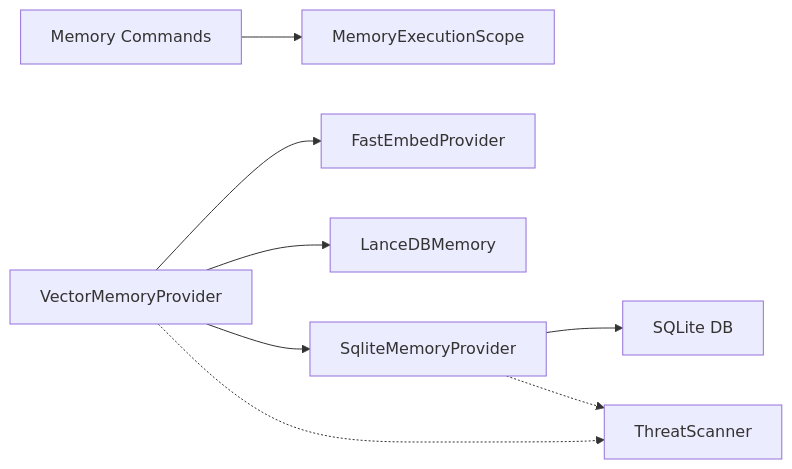
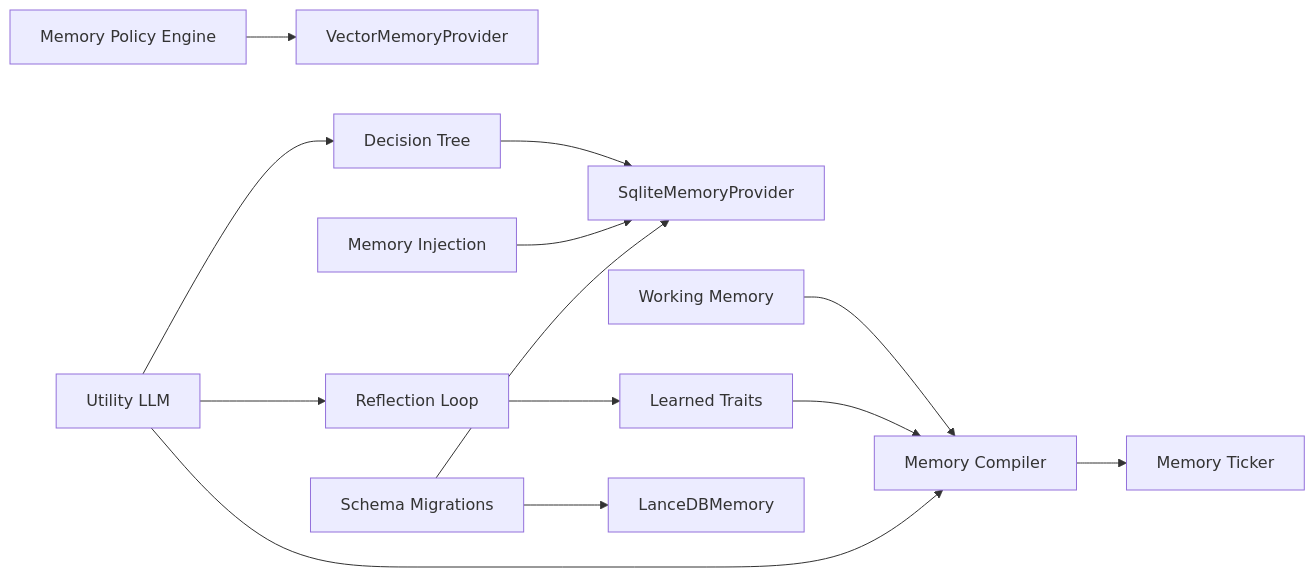
Before and after one commit to novolei/if2Ai: the fourth of 4 diagrams in .qoder/repowiki/en/content/Memory System/Memory System.md, drawn with Mermaid. The commit also changed other lines of this file and 124 other files, not shown here.

````diff
--- a/.qoder/repowiki/en/content/Memory System/Memory System.md
+++ b/.qoder/repowiki/en/content/Memory System/Memory System.md
@@ -309,10 +378,15 @@
 ```mermaid
 graph LR
-CMD["Memory Commands"] --> SCOPE["MemoryExecutionScope"]
-VMP["VectorMemoryProvider"] --> FE["FastEmbedProvider"]
-VMP --> LDB["LanceDBMemory"]
-VMP --> SMP["SqliteMemoryProvider"]
-SMP --> SQLITE["SQLite DB"]
-VMP -.-> TS["ThreatScanner"]
-SMP -.-> TS
+POL["Memory Policy Engine"] --> VMP["VectorMemoryProvider"]
+DT["Decision Tree"] --> SMP["SqliteMemoryProvider"]
+WM["Working Memory"] --> COMP["Memory Compiler"]
+COMP --> TICK["Memory Ticker"]
+RL["Reflection Loop"] --> LT["Learned Traits"]
+LT --> COMP
+END["Utility LLM"] --> DT
+END --> RL
+END --> COMP
+INJ["Memory Injection"] --> SMP
+MIG["Schema Migrations"] --> SMP
+MIG --> LDB["LanceDBMemory"]
 ```
````
